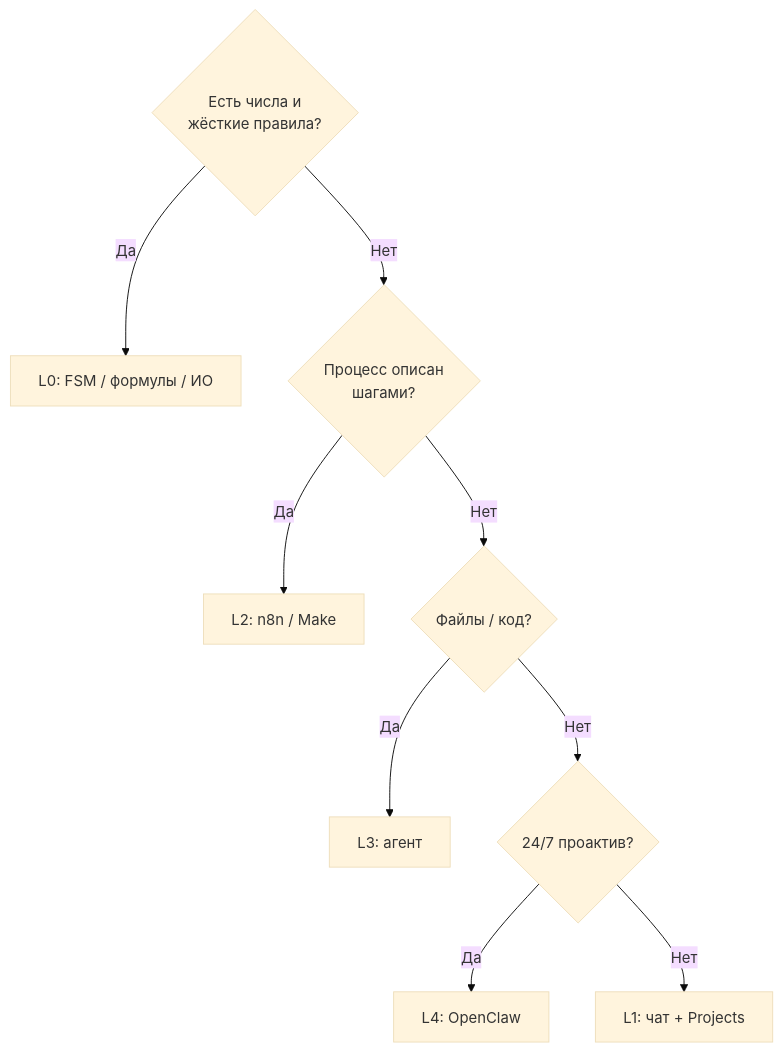
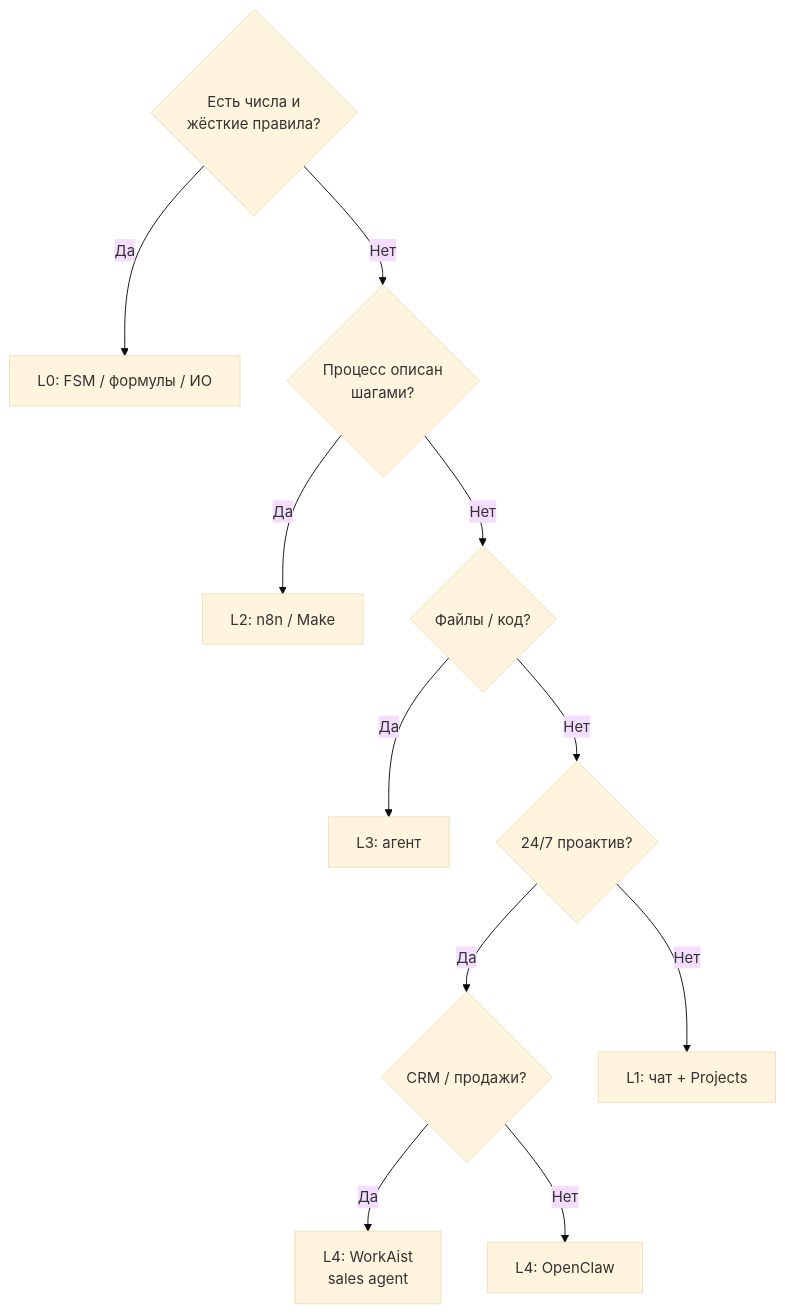
The eighth of 8 diagrams in _posts/2026-07-02-ai-automation-smb-ru.md (evgeniy-borisov/vairl), drawn with Mermaid (base theme) before and after one commit. The commit also changed other lines of this file, not shown here.

First line of the commit message:
Add WorkAist AI sales manager agent to SMB automation article.

````diff
--- a/_posts/2026-07-02-ai-automation-smb-ru.md
+++ b/_posts/2026-07-02-ai-automation-smb-ru.md
@@ -383,12 +447,14 @@
 ```mermaid
 flowchart TD
   Q0{Есть числа и\nжёсткие правила?}
   Q0 -->|Да| L0[L0: FSM / формулы / ИО]
   Q0 -->|Нет| Q1{Процесс описан\nшагами?}
   Q1 -->|Да| L2[L2: n8n / Make]
   Q1 -->|Нет| Q2{Файлы / код?}
   Q2 -->|Да| L3[L3: агент]
   Q2 -->|Нет| Q3{24/7 проактив?}
-  Q3 -->|Да| L4[L4: OpenClaw]
+  Q3 -->|Да| Q4{CRM / продажи?}
+  Q4 -->|Да| WA[L4: WorkAist\nsales agent]
+  Q4 -->|Нет| OC[L4: OpenClaw]
   Q3 -->|Нет| L1[L1: чат + Projects]
 ```
````
